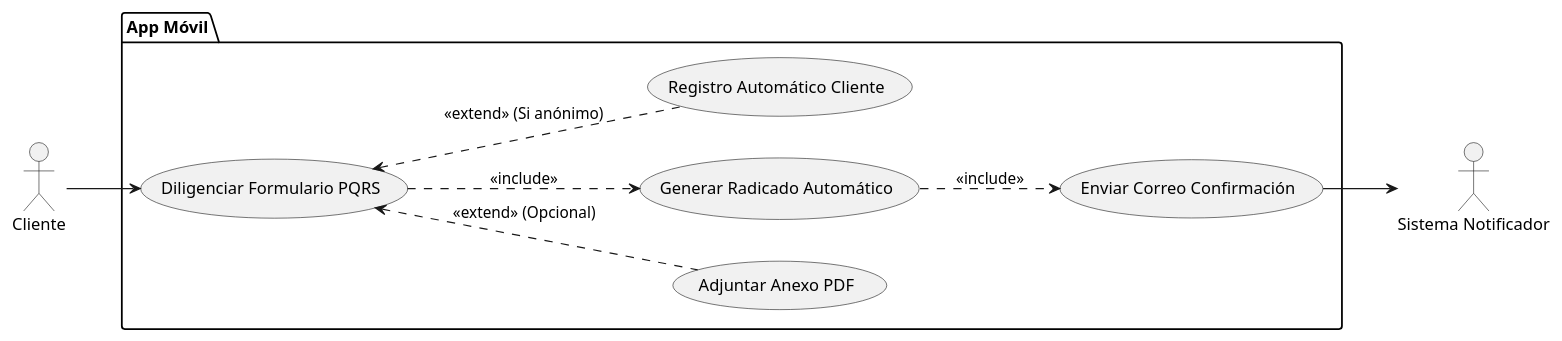
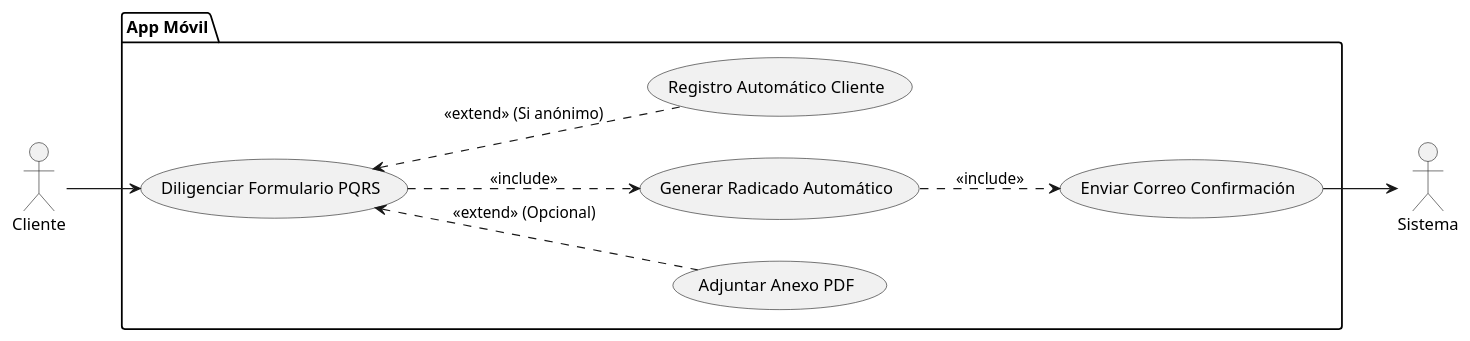
Before and after one commit to 13rianVargas/Ingenieria-de-Software-1: the diagram in Proyecto-Final/docs/casos-de-uso/plantuml/CU-03-Radicar-PQRS.puml, drawn with PlantUML. The commit also changed 22 other files, not shown here.

Commit message:
refactor: rename actor sistema notificador to sistema across project + c

```diff
--- a/Proyecto-Final/docs/casos-de-uso/plantuml/CU-03-Radicar-PQRS.puml
+++ b/Proyecto-Final/docs/casos-de-uso/plantuml/CU-03-Radicar-PQRS.puml
@@ -1,20 +1,20 @@
 @startuml
 left to right direction
 actor "Cliente" as C
-actor "Sistema Notificador" as S
+actor "Sistema" as S
 
 package "App Móvil" {
   usecase "Diligenciar Formulario PQRS" as UC1
   usecase "Adjuntar Anexo PDF" as UC2
   usecase "Generar Radicado Automático" as UC3
   usecase "Enviar Correo Confirmación" as UC4
   usecase "Registro Automático Cliente" as UC5
 }
 
 C --> UC1
 UC1 <.. UC2 : <<extend>> (Opcional)
 UC1 ..> UC3 : <<include>>
 UC3 ..> UC4 : <<include>>
 UC1 <.. UC5 : <<extend>> (Si anónimo)
 UC4 --> S
 @enduml
```
